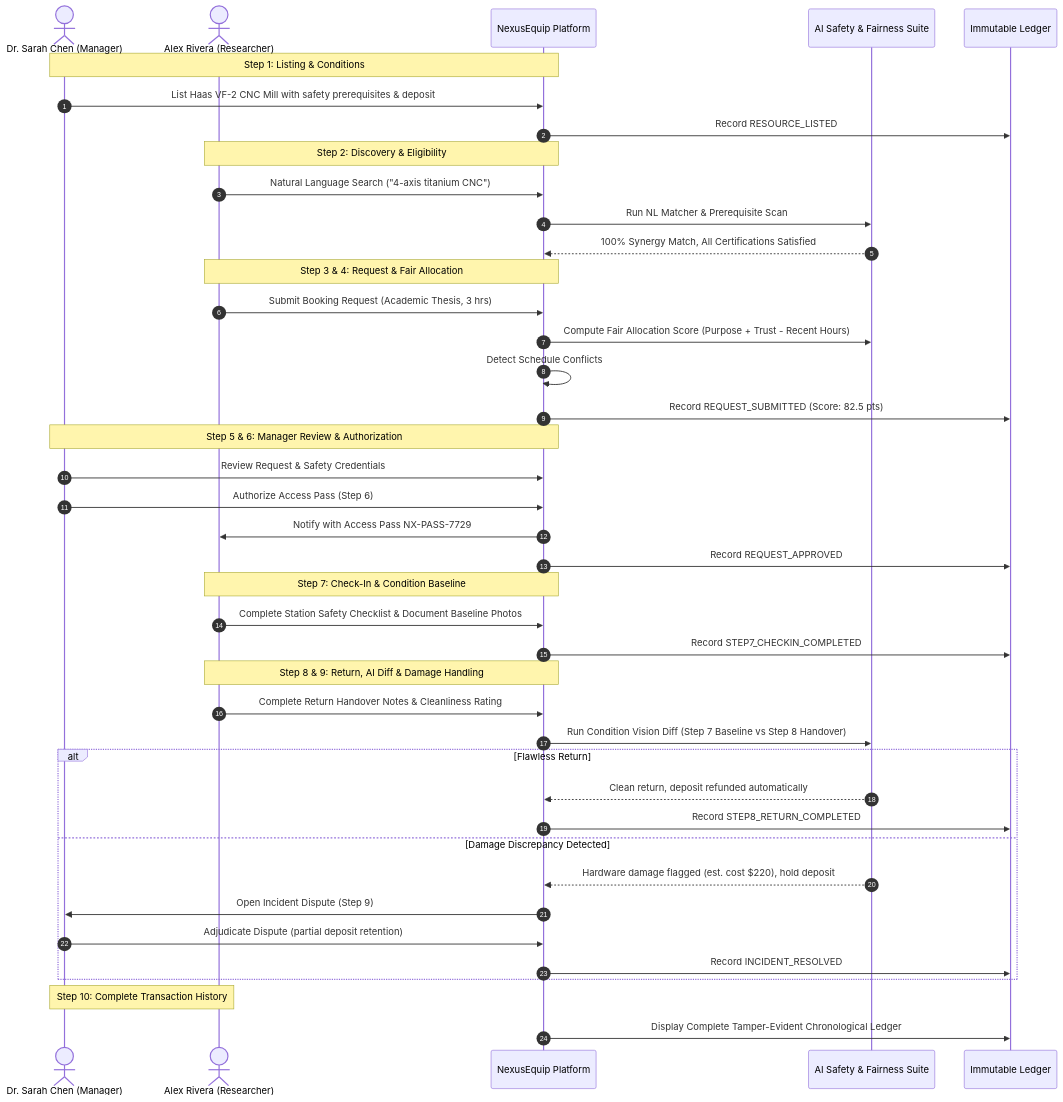
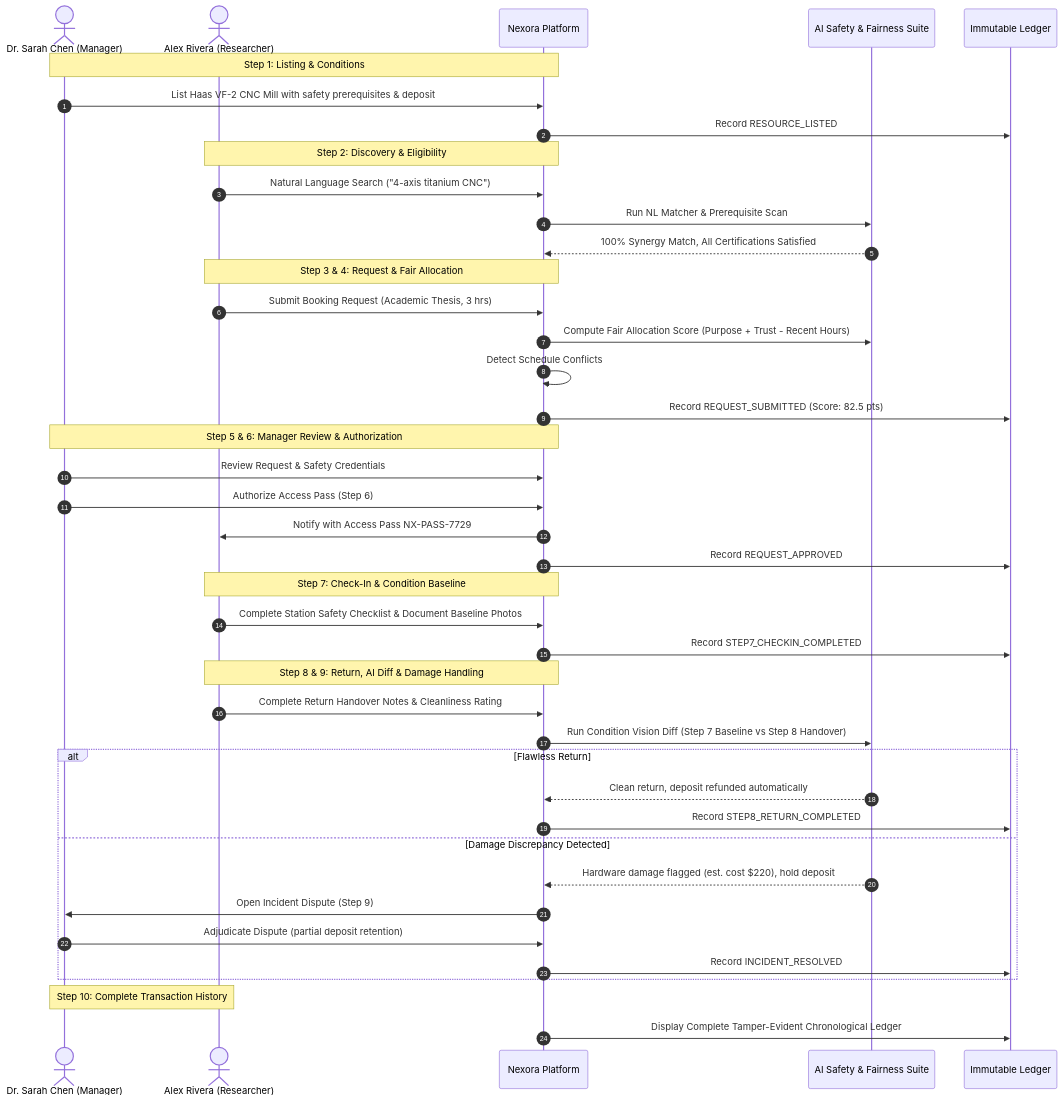
Before and after one commit to shiivuuu/hachk: the diagram in uiux/USER_JOURNEYS.md, drawn with Mermaid. The commit also changed other lines of this file and 30 other files, not shown here.

Commit message:
rebrand: rename platform to Nexora across all tiers, documentation, and PDF

````diff
--- a/uiux/USER_JOURNEYS.md
+++ b/uiux/USER_JOURNEYS.md
@@ -28,50 +28,50 @@
 ```mermaid
 sequenceDiagram
     autonumber
     actor Owner as Dr. Sarah Chen (Manager)
     actor User as Alex Rivera (Researcher)
-    participant Platform as NexusEquip Platform
+    participant Platform as Nexora Platform
     participant AI as AI Safety & Fairness Suite
     participant Audit as Immutable Ledger
 
     Note over Owner, Platform: Step 1: Listing & Conditions
     Owner->>Platform: List Haas VF-2 CNC Mill with safety prerequisites & deposit
     Platform->>Audit: Record RESOURCE_LISTED
 
     Note over User, Platform: Step 2: Discovery & Eligibility
     User->>Platform: Natural Language Search ("4-axis titanium CNC")
     Platform->>AI: Run NL Matcher & Prerequisite Scan
     AI-->>Platform: 100% Synergy Match, All Certifications Satisfied
 
     Note over User, Platform: Step 3 & 4: Request & Fair Allocation
     User->>Platform: Submit Booking Request (Academic Thesis, 3 hrs)
     Platform->>AI: Compute Fair Allocation Score (Purpose + Trust - Recent Hours)
     Platform->>Platform: Detect Schedule Conflicts
     Platform->>Audit: Record REQUEST_SUBMITTED (Score: 82.5 pts)
 
     Note over Owner, Platform: Step 5 & 6: Manager Review & Authorization
     Owner->>Platform: Review Request & Safety Credentials
     Owner->>Platform: Authorize Access Pass (Step 6)
     Platform->>User: Notify with Access Pass NX-PASS-7729
     Platform->>Audit: Record REQUEST_APPROVED
 
     Note over User, Platform: Step 7: Check-In & Condition Baseline
     User->>Platform: Complete Station Safety Checklist & Document Baseline Photos
     Platform->>Audit: Record STEP7_CHECKIN_COMPLETED
 
     Note over User, Platform: Step 8 & 9: Return, AI Diff & Damage Handling
     User->>Platform: Complete Return Handover Notes & Cleanliness Rating
     Platform->>AI: Run Condition Vision Diff (Step 7 Baseline vs Step 8 Handover)
     alt Flawless Return
         AI-->>Platform: Clean return, deposit refunded automatically
         Platform->>Audit: Record STEP8_RETURN_COMPLETED
     else Damage Discrepancy Detected
         AI-->>Platform: Hardware damage flagged (est. cost $220), hold deposit
         Platform->>Owner: Open Incident Dispute (Step 9)
         Owner->>Platform: Adjudicate Dispute (partial deposit retention)
         Platform->>Audit: Record INCIDENT_RESOLVED
     end
 
     Note over Owner, User: Step 10: Complete Transaction History
     Platform->>Audit: Display Complete Tamper-Evident Chronological Ledger
 ```
````
